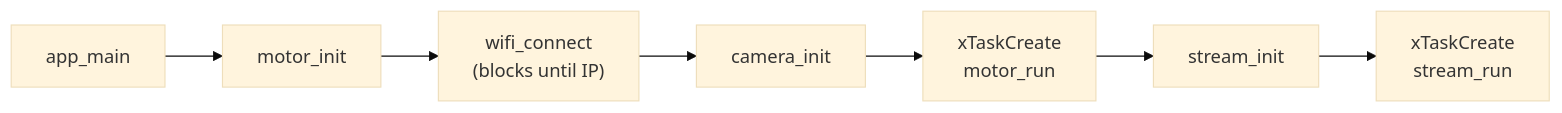
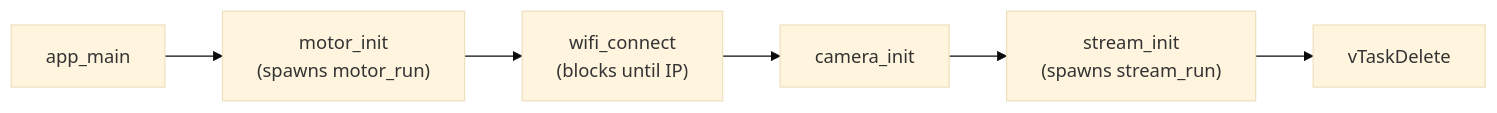
One commit to LINTECH-CHAS-ACADEMY-SUVX25/Scout changed the first of 2 diagrams in docs/scout_cam_flow.md. Above: the diagram before and after it, drawn with Mermaid (base theme). The commit also changed 18 other files, not shown here.

Commit message:
Move xTaskCreate into _init functions; make _run static in both projects

````diff
--- a/docs/scout_cam_flow.md
+++ b/docs/scout_cam_flow.md
@@ -8,9 +8,8 @@
 ```mermaid
 flowchart LR
-    A[app_main] --> B[motor_init]
+    A[app_main] --> B["motor_init\n(spawns motor_run)"]
     B --> C["wifi_connect\n(blocks until IP)"]
     C --> D[camera_init]
-    D --> E["xTaskCreate\nmotor_run"]
-    E --> F[stream_init]
-    F --> G["xTaskCreate\nstream_run"]
+    D --> E["stream_init\n(spawns stream_run)"]
+    E --> F[vTaskDelete]
 ```
````
